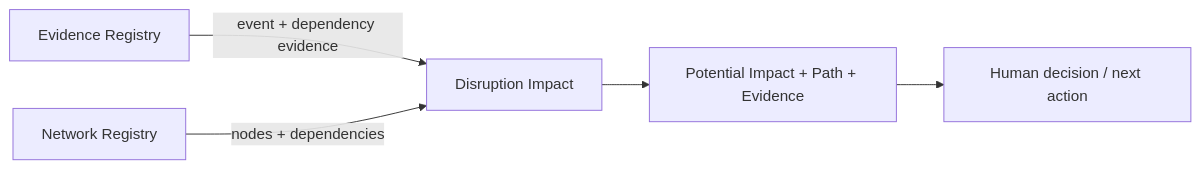
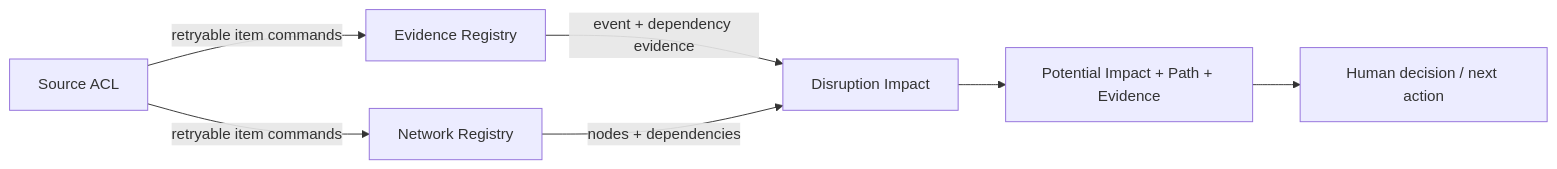
The diagram in docs/product-technical-gap-baseline.md (ContextualWisdomLab/supply-chain-control-plane), drawn with Mermaid before and after one commit. The commit also changed other lines of this file, not shown here.

````diff
--- a/docs/product-technical-gap-baseline.md
+++ b/docs/product-technical-gap-baseline.md
@@ -9,7 +11,9 @@
 ```mermaid
 flowchart LR
   E[Evidence Registry] -->|event + dependency evidence| I[Disruption Impact]
   N[Network Registry] -->|nodes + dependencies| I
+  A[Source ACL] -->|retryable item commands| N
+  A -->|retryable item commands| E
   I --> P[Potential Impact + Path + Evidence]
   P --> H[Human decision / next action]
 ```
````
